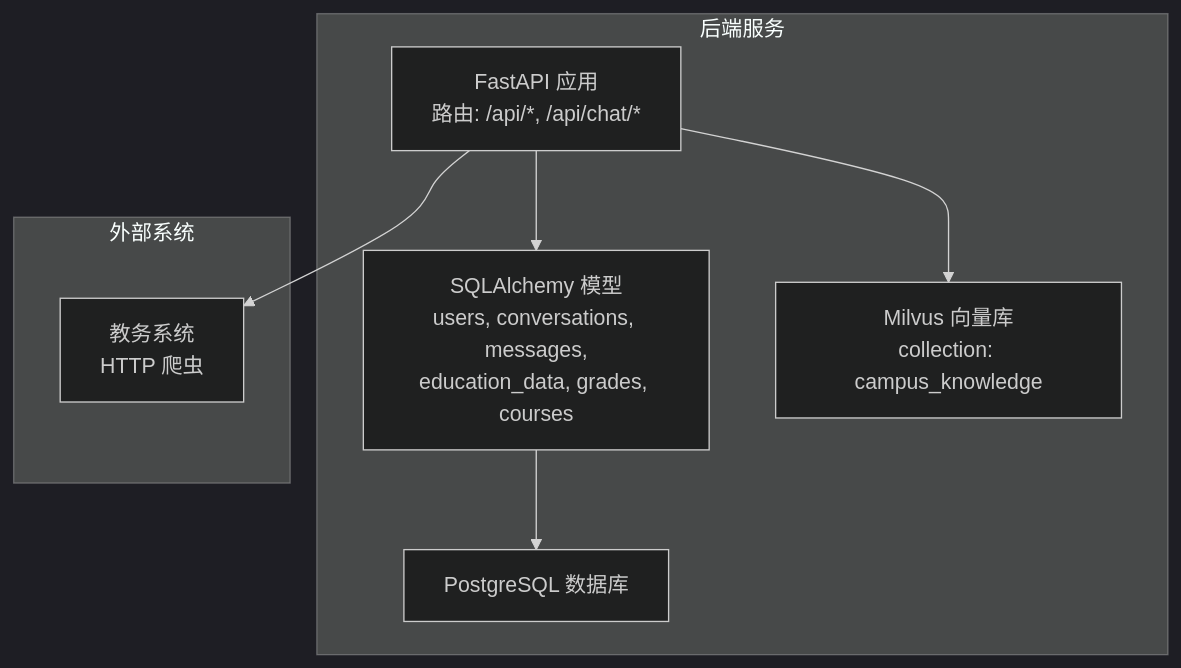
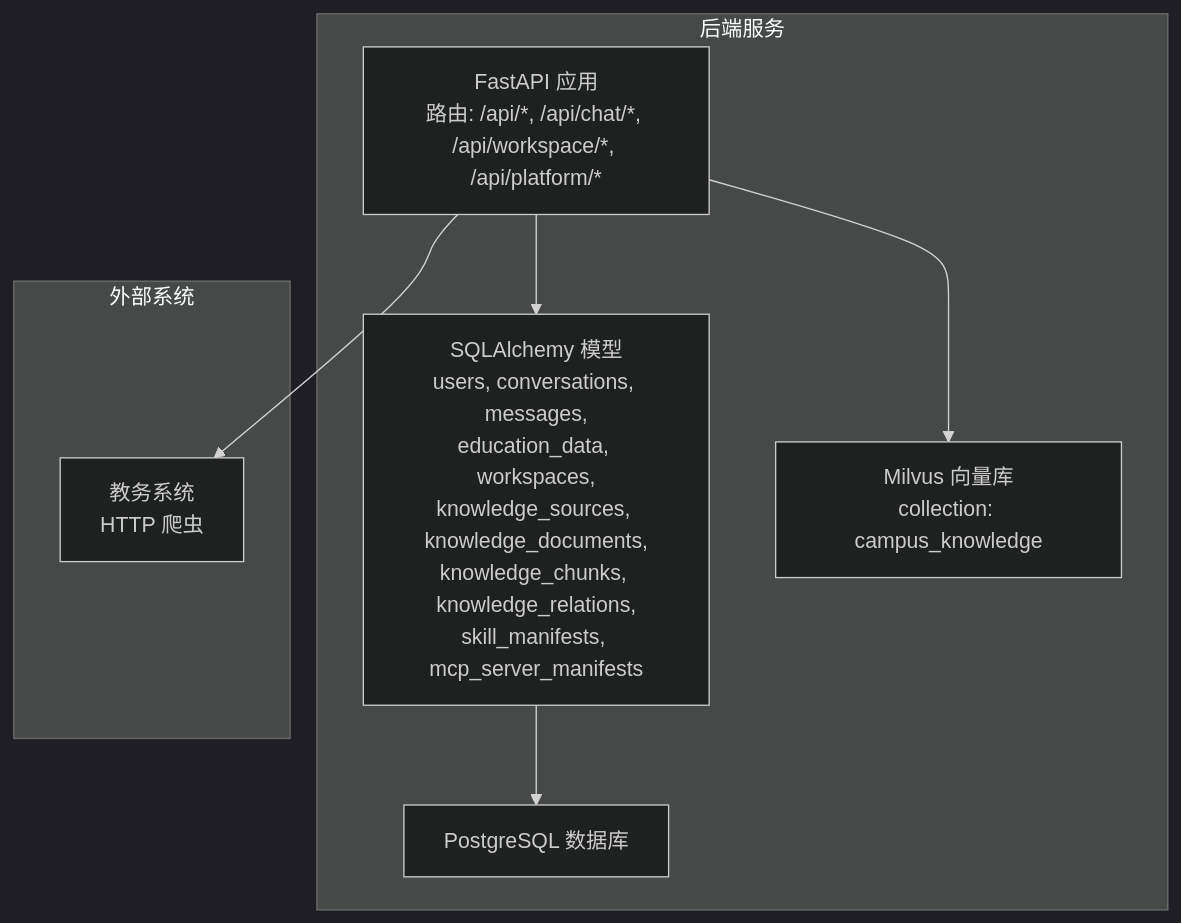
One commit to ghbbn053-ship-itsoulddog/soulddog changed the first of 6 diagrams in .qoder/repowiki/zh/content/数据模型设计/数据模型设计.md. Above: the diagram before and after it, drawn with Mermaid (dark theme). The commit also changed other lines of this file and 119 other files, not shown here.

Commit message:
feat(platform): prepare mvp workspace test closure

````diff
--- a/.qoder/repowiki/zh/content/数据模型设计/数据模型设计.md
+++ b/.qoder/repowiki/zh/content/数据模型设计/数据模型设计.md
@@ -42,16 +58,16 @@
 ```mermaid
 graph TB
 subgraph "后端服务"
-API["FastAPI 应用<br/>路由: /api/*, /api/chat/*"]
-Models["SQLAlchemy 模型<br/>users, conversations, messages,<br/>education_data, grades, courses"]
+API["FastAPI 应用<br/>路由: /api/*, /api/chat/*, /api/workspace/*, /api/platform/*"]
+Models["SQLAlchemy 模型<br/>users, conversations, messages,<br/>education_data, workspaces,<br/>knowledge_sources, knowledge_documents,<br/>knowledge_chunks, knowledge_relations,<br/>skill_manifests, mcp_server_manifests"]
 VDB["Milvus 向量库<br/>collection: campus_knowledge"]
 PG["PostgreSQL 数据库"]
 end
 subgraph "外部系统"
 EduSys["教务系统<br/>HTTP 爬虫"]
 end
 API --> Models
 Models --> PG
 API --> VDB
 API --> EduSys
 ```
````
